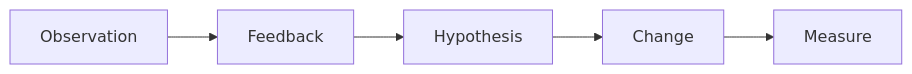
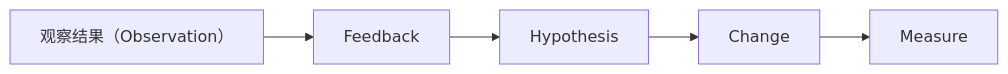
The diagram in days/Day-15.md (rexlin600/ontology_practice), drawn with Mermaid before and after one commit. The commit also changed other lines of this file, not shown here.

````diff
--- a/days/Day-15.md
+++ b/days/Day-15.md
@@ -16,8 +31,8 @@
 ```mermaid
 flowchart LR
-  Observation["Observation"] --> Feedback["Feedback"]
+  Observation["观察结果（Observation）"] --> Feedback["Feedback"]
   Feedback["Feedback"] --> Hypothesis["Hypothesis"]
   Hypothesis["Hypothesis"] --> Change["Change"]
   Change["Change"] --> Measure["Measure"]
 
 ```
````
